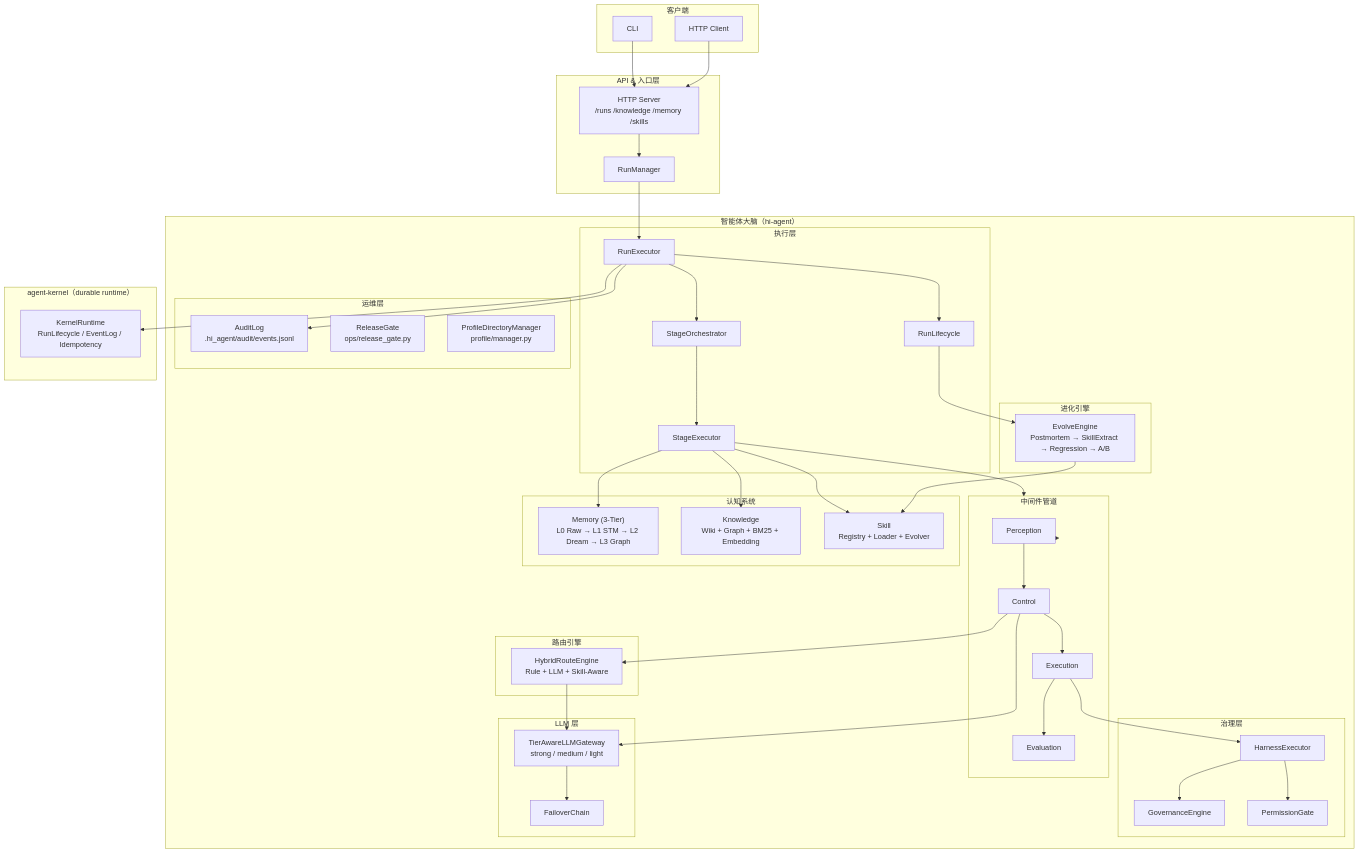
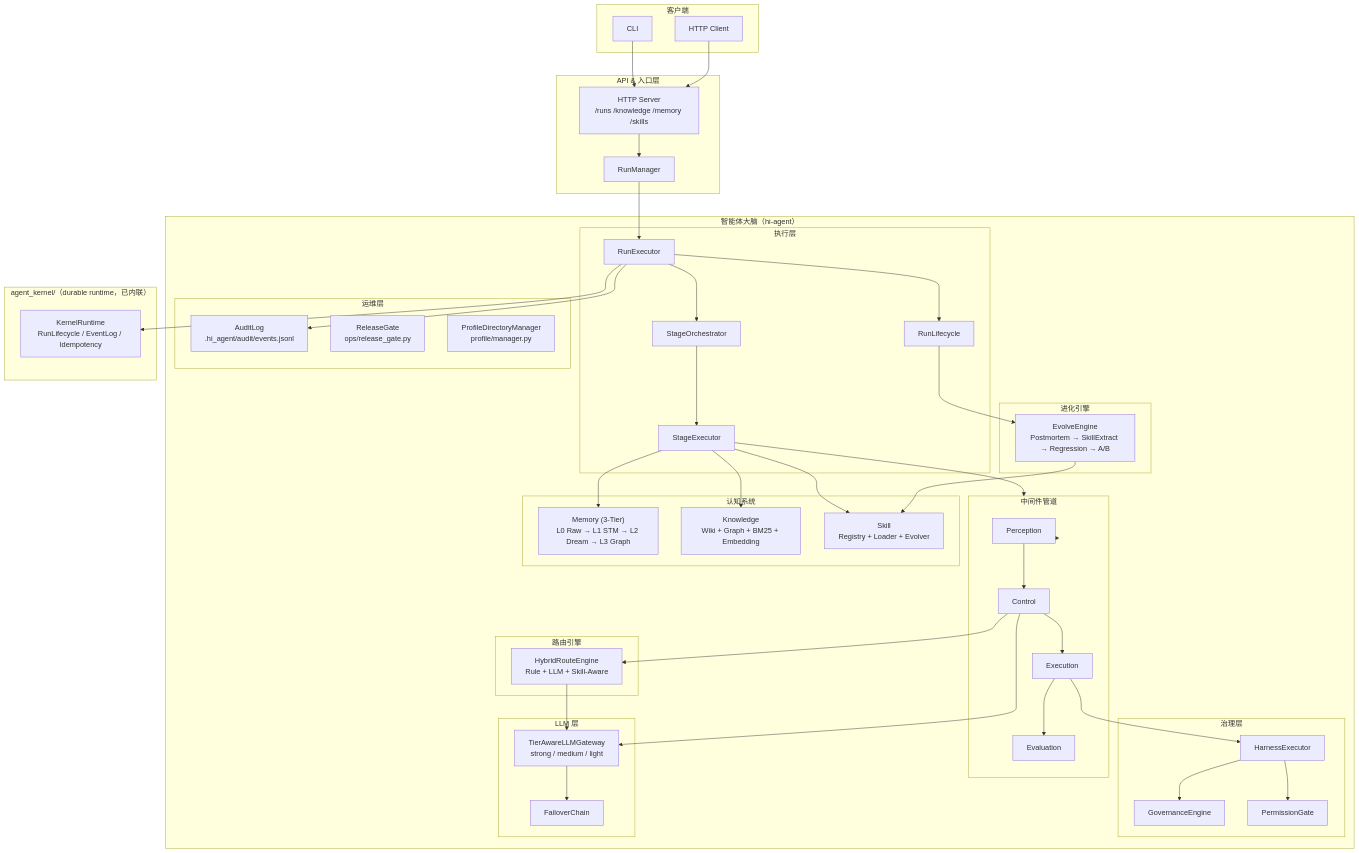
The diagram in README.md (chaosxingxc-orion/hi-agent), drawn with Mermaid before and after one commit. The commit also changed other lines of this file and 2 other files, not shown here.

First line of the commit message:
docs: refresh README and ARCHITECTURE; fix 3 agent_kernel substrate tests

```diff
--- a/README.md
+++ b/README.md
@@ -84,7 +76,7 @@
     end
   end
 
-  subgraph Kernel["agent-kernel（durable runtime）"]
+  subgraph Kernel["agent_kernel/（durable runtime，已内联）"]
     KR["KernelRuntime<br/>RunLifecycle / EventLog / Idempotency"]
   end
 
```
